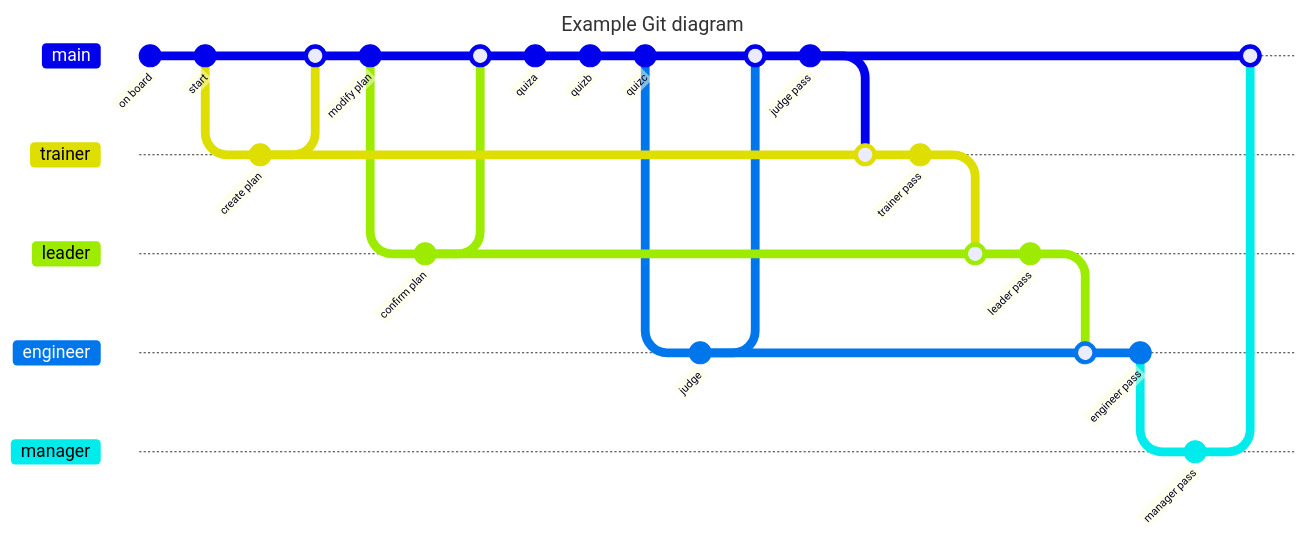
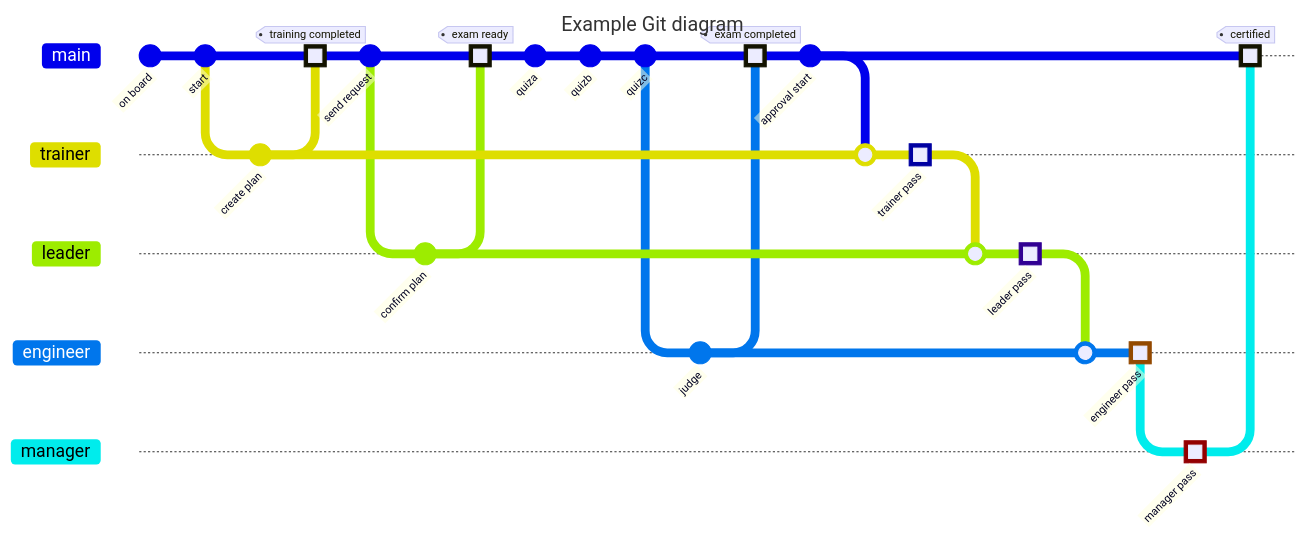
The diagram in gitGraph.md (jscode1972/Backup2023), drawn with Mermaid before and after one commit.

````diff
--- a/gitGraph.md
+++ b/gitGraph.md
@@ -1,43 +1,42 @@
 ```mermaid
 ---
 title: Example Git diagram
 ---
 gitGraph
    commit id: "on board"
    commit id: "start"
    branch trainer
    checkout trainer
    commit id: "create plan"
    checkout main
-   merge trainer
-   commit id: "modify plan"
+   merge trainer tag: "training completed" type: HIGHLIGHT
+   commit id: "send request"
    branch leader
    checkout leader
    commit id: "confirm plan"
    checkout main
-   merge leader
+   merge leader tag: "exam ready" type: HIGHLIGHT
    commit id: "quiza"
    commit id: "quizb"
    commit id: "quizc"
    branch engineer
    checkout engineer
    commit id: "judge"
    checkout main
-   merge engineer
-   commit id: "judge pass"
+   merge engineer tag: "exam completed" type: HIGHLIGHT
+   commit id: "approval start"
    checkout trainer
    merge main
-   commit id: "trainer pass"
+   commit id: "trainer pass" type: HIGHLIGHT
    checkout leader
    merge trainer
-   commit id: "leader pass"
+   commit id: "leader pass" type: HIGHLIGHT
    checkout engineer
    merge leader
-   commit id: "engineer pass"
+   commit id: "engineer pass" type: HIGHLIGHT
    branch manager
    checkout manager
-   commit id: "manager pass"
+   commit id: "manager pass" type: HIGHLIGHT
    checkout main
-    merge manager
-    
+   merge manager tag: "certified" type: HIGHLIGHT
 ```
````
